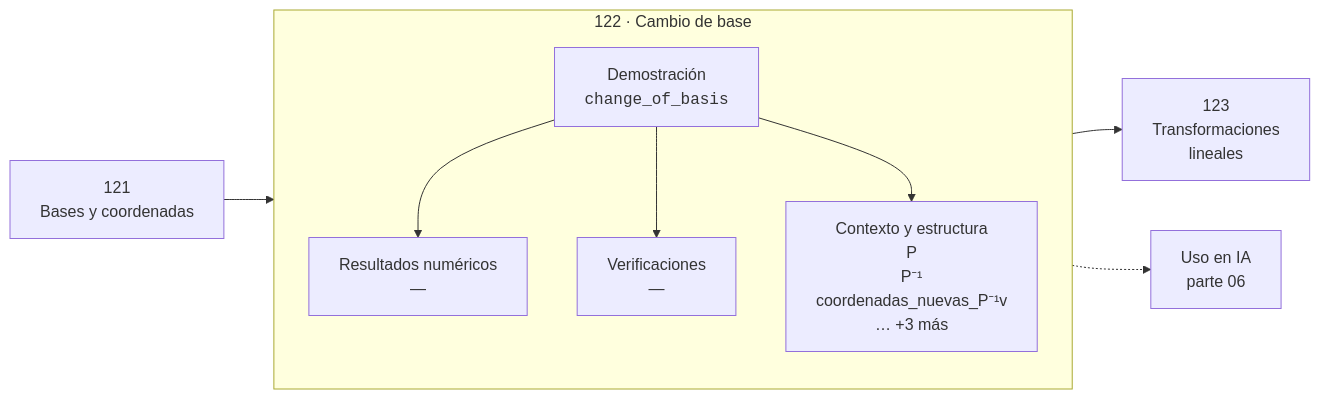
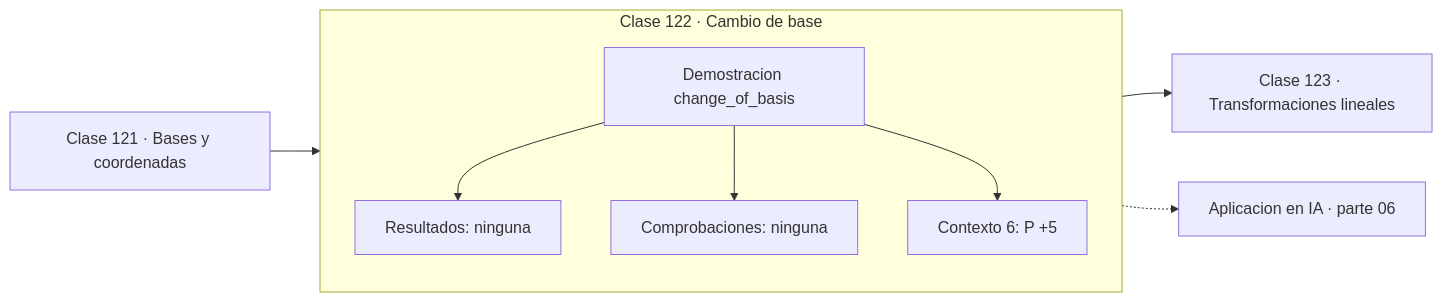
Before and after one commit to vladimiracunadev-create/computational-mathematics-program: the diagram in classes/part-06-algebra-lineal-ii-descomposiciones-y-tensores/122-cambio-de-base/README.md, drawn with Mermaid. The commit also changed 389 other files, not shown here.

First line of the commit message:
fix(diagramas): elimina el HTML de las etiquetas Mermaid

````diff
--- a/classes/part-06-algebra-lineal-ii-descomposiciones-y-tensores/122-cambio-de-base/README.md
+++ b/classes/part-06-algebra-lineal-ii-descomposiciones-y-tensores/122-cambio-de-base/README.md
@@ -30,12 +30,13 @@
 ```mermaid
 flowchart LR
-    P["121<br/>Bases y coordenadas"] --> C
-    subgraph C["122 · Cambio de base"]
+    P["Clase 121 · Bases y coordenadas"] --> D
+    subgraph CLASE["Clase 122 · Cambio de base"]
         direction TB
-        D["Demostración<br/><code>change_of_basis</code>"] --> R["Resultados numéricos<br/>—"]
-        D --> V["Verificaciones<br/>—"]
-        D --> O["Contexto y estructura<br/>P<br/>P⁻¹<br/>coordenadas_nuevas_P⁻¹v<br/>… +3 más"]
+        D["Demostracion change_of_basis"]
+        D --> R["Resultados: ninguna"]
+        D --> V["Comprobaciones: ninguna"]
+        D --> O["Contexto 6: P +5"]
     end
-    C --> N["123<br/>Transformaciones<br/>lineales"]
-    C -.-> IA["Uso en IA<br/>parte 06"]
+    R --> N["Clase 123 · Transformaciones lineales"]
+    V -.-> IA["Aplicacion en IA · parte 06"]
 ```
````
